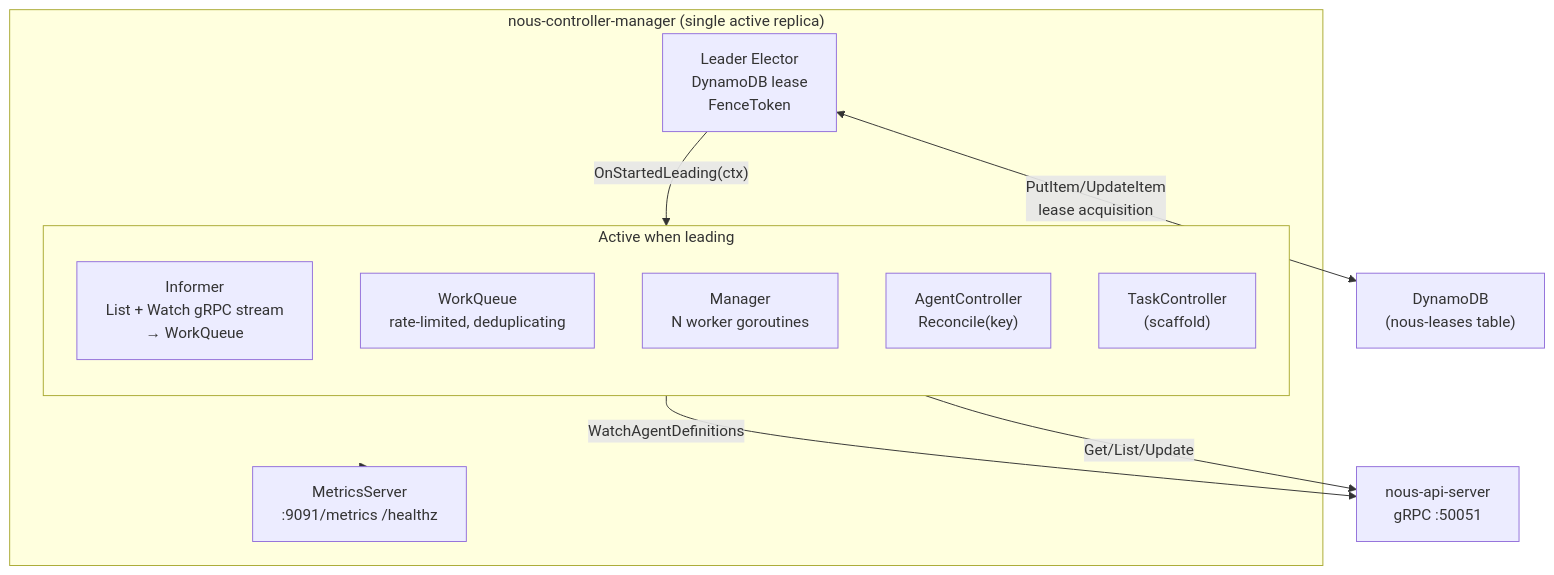
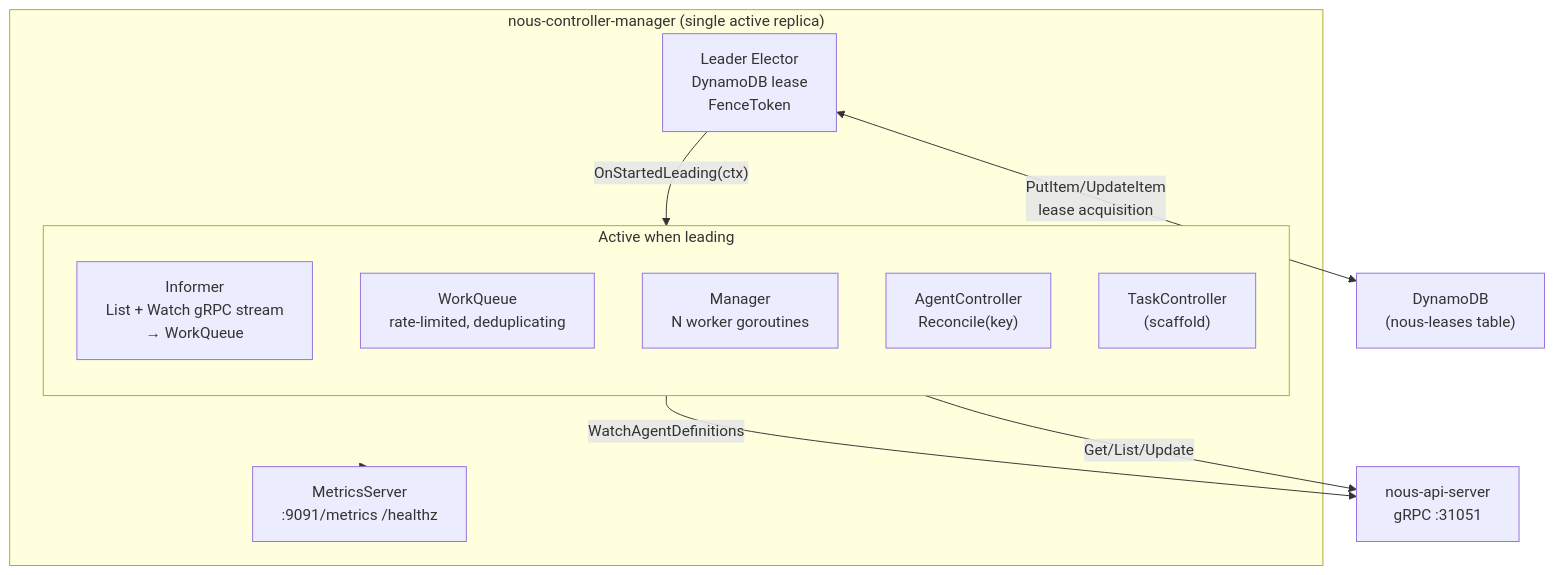
The diagram in docs/components/nous-controller-manager.md (nousproj/nous-docs), drawn with Mermaid before and after one commit. The commit also changed other lines of this file and 5 other files, not shown here.

````diff
--- a/docs/components/nous-controller-manager.md
+++ b/docs/components/nous-controller-manager.md
@@ -9,26 +9,26 @@
 ```mermaid
 graph TB
     subgraph CM["nous-controller-manager (single active replica)"]
         LE["Leader Elector<br/>DynamoDB lease<br/>FenceToken"]
 
         subgraph Active["Active when leading"]
             direction TB
             INF["Informer<br/>List + Watch gRPC stream<br/>→ WorkQueue"]
             WQ["WorkQueue<br/>rate-limited, deduplicating"]
             MGR["Manager<br/>N worker goroutines"]
             AC["AgentController<br/>Reconcile(key)"]
             TC["TaskController<br/>(scaffold)"]
         end
 
         MS["MetricsServer<br/>:9091/metrics /healthz"]
     end
 
-    API["nous-api-server<br/>gRPC :50051"]
+    API["nous-api-server<br/>gRPC :31051"]
     DDB["DynamoDB<br/>(nous-leases table)"]
 
     LE <-->|"PutItem/UpdateItem<br/>lease acquisition"| DDB
     LE -->|"OnStartedLeading(ctx)"| Active
     INF -->|"WatchAgentDefinitions"| API
     AC -->|"Get/List/Update"| API
     CM --> MS
 ```
````
